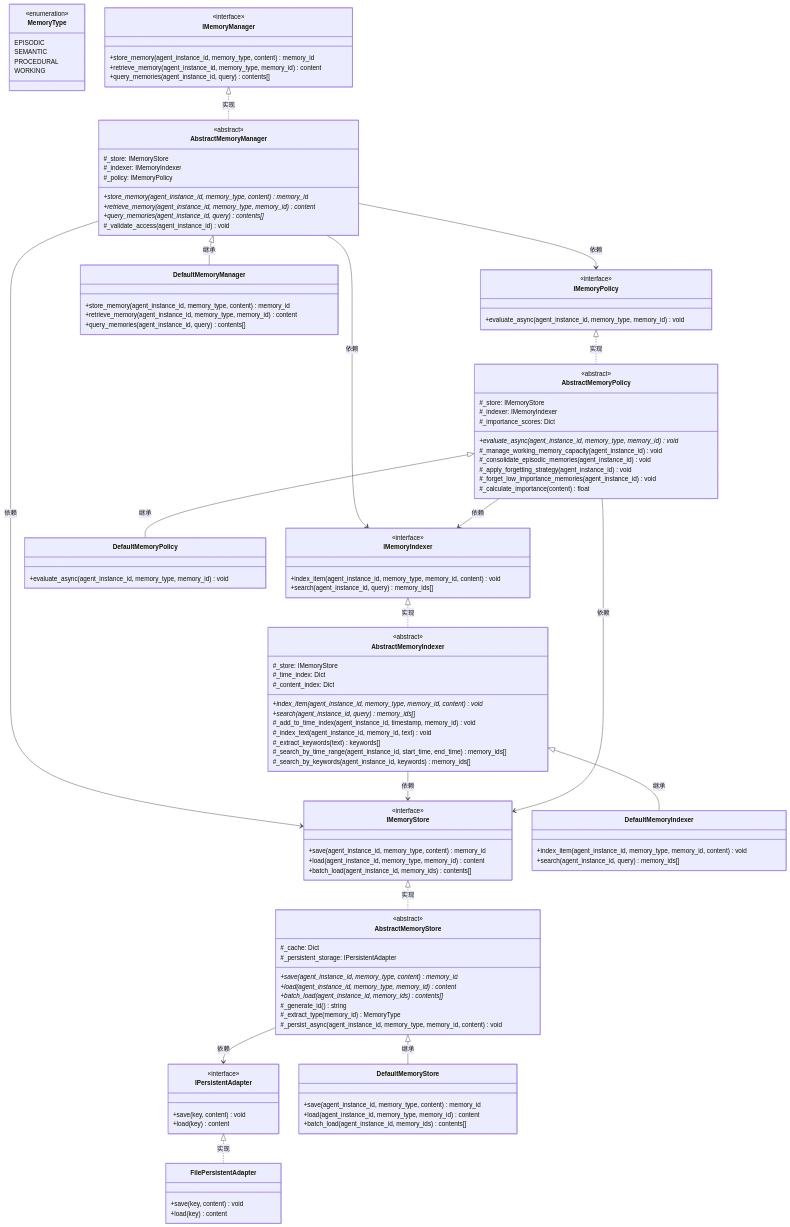
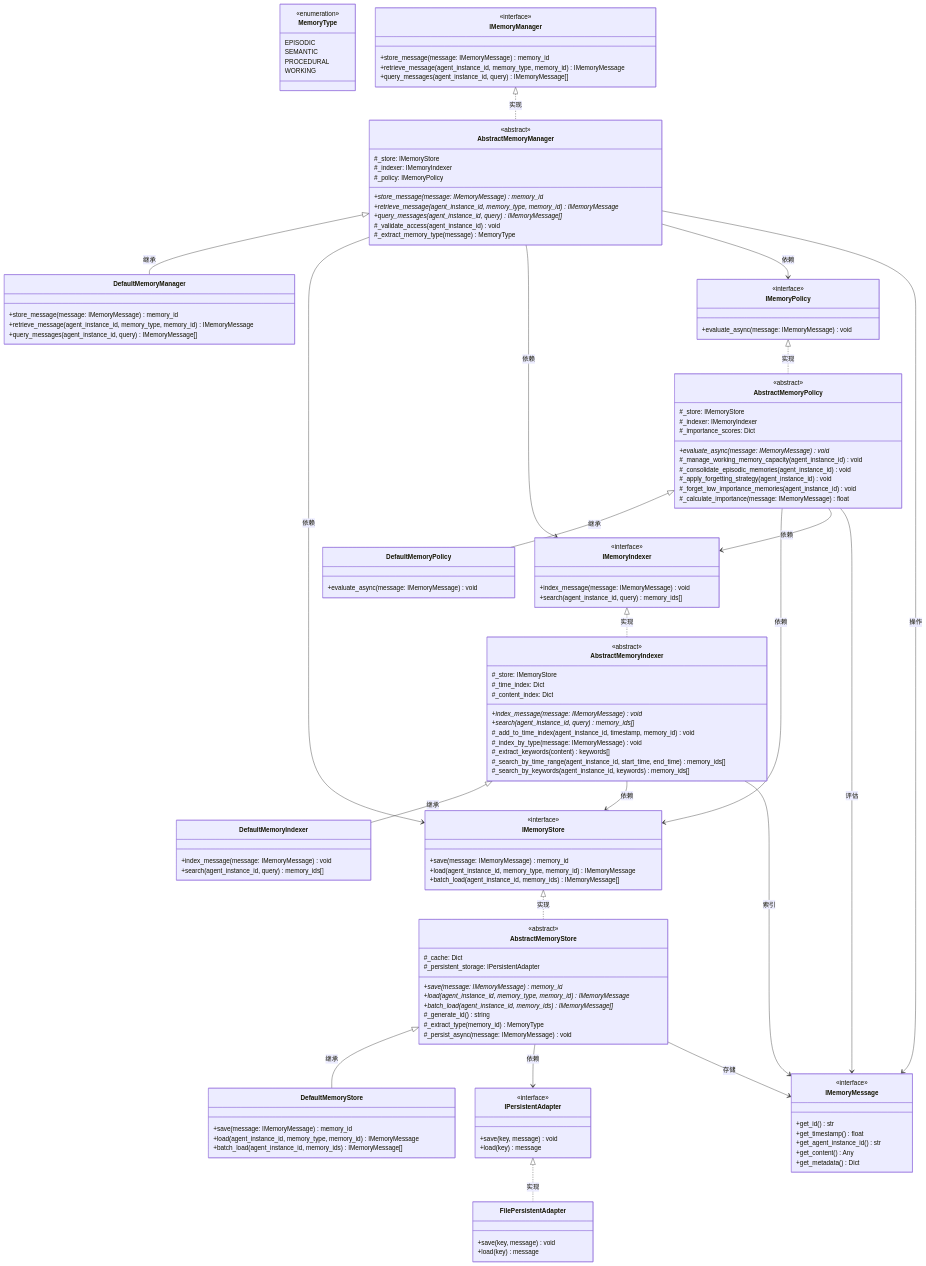
One commit to DDtoma/iodraw-files changed the diagram in all/未命名-2.md. Above: the diagram before and after it, drawn with Mermaid.

Commit message:
2025-03-11 16:49:36 update

````diff
--- a/all/未命名-2.md
+++ b/all/未命名-2.md
@@ -9,36 +9,46 @@
         WORKING
     }
     
+    %% 消息接口（简化版）
+    class IMemoryMessage {
+        <<interface>>
+        +get_id() str
+        +get_timestamp() float
+        +get_agent_instance_id() str
+        +get_content() Any
+        +get_metadata() Dict
+    }
+    
     %% 抽象接口定义
     class IMemoryManager {
         <<interface>>
-        +store_memory(agent_instance_id, memory_type, content) memory_id
-        +retrieve_memory(agent_instance_id, memory_type, memory_id) content
-        +query_memories(agent_instance_id, query) contents[]
+        +store_message(message: IMemoryMessage) memory_id
+        +retrieve_message(agent_instance_id, memory_type, memory_id) IMemoryMessage
+        +query_messages(agent_instance_id, query) IMemoryMessage[]
     }
     
     class IMemoryStore {
         <<interface>>
-        +save(agent_instance_id, memory_type, content) memory_id
-        +load(agent_instance_id, memory_type, memory_id) content
-        +batch_load(agent_instance_id, memory_ids) contents[]
+        +save(message: IMemoryMessage) memory_id
+        +load(agent_instance_id, memory_type, memory_id) IMemoryMessage
+        +batch_load(agent_instance_id, memory_ids) IMemoryMessage[]
     }
     
     class IMemoryIndexer {
         <<interface>>
-        +index_item(agent_instance_id, memory_type, memory_id, content) void
+        +index_message(message: IMemoryMessage) void
         +search(agent_instance_id, query) memory_ids[]
     }
     
     class IMemoryPolicy {
         <<interface>>
-        +evaluate_async(agent_instance_id, memory_type, memory_id) void
+        +evaluate_async(message: IMemoryMessage) void
     }
     
     class IPersistentAdapter {
         <<interface>>
-        +save(key, content) void
-        +load(key) content
+        +save(key, message) void
+        +load(key) message
     }
     
     %% 抽象基类实现
@@ -47,22 +57,23 @@
         #_store: IMemoryStore
         #_indexer: IMemoryIndexer
         #_policy: IMemoryPolicy
-        +store_memory(agent_instance_id, memory_type, content)* memory_id
-        +retrieve_memory(agent_instance_id, memory_type, memory_id)* content
-        +query_memories(agent_instance_id, query)* contents[]
+        +store_message(message: IMemoryMessage)* memory_id
+        +retrieve_message(agent_instance_id, memory_type, memory_id)* IMemoryMessage
+        +query_messages(agent_instance_id, query)* IMemoryMessage[]
         #_validate_access(agent_instance_id) void
+        #_extract_memory_type(message) MemoryType
     }
     
     class AbstractMemoryStore {
         <<abstract>>
         #_cache: Dict
         #_persistent_storage: IPersistentAdapter
-        +save(agent_instance_id, memory_type, content)* memory_id
-        +load(agent_instance_id, memory_type, memory_id)* content
-        +batch_load(agent_instance_id, memory_ids)* contents[]
+        +save(message: IMemoryMessage)* memory_id
+        +load(agent_instance_id, memory_type, memory_id)* IMemoryMessage
+        +batch_load(agent_instance_id, memory_ids)* IMemoryMessage[]
         #_generate_id() string
         #_extract_type(memory_id) MemoryType
-        #_persist_async(agent_instance_id, memory_type, memory_id, content) void
+        #_persist_async(message: IMemoryMessage) void
     }
     
     class AbstractMemoryIndexer {
@@ -70,11 +81,11 @@
         #_store: IMemoryStore
         #_time_index: Dict
         #_content_index: Dict
-        +index_item(agent_instance_id, memory_type, memory_id, content)* void
+        +index_message(message: IMemoryMessage)* void
         +search(agent_instance_id, query)* memory_ids[]
         #_add_to_time_index(agent_instance_id, timestamp, memory_id) void
-        #_index_text(agent_instance_id, memory_id, text) void
-        #_extract_keywords(text) keywords[]
+        #_index_by_type(message: IMemoryMessage) void
+        #_extract_keywords(content) keywords[]
         #_search_by_time_range(agent_instance_id, start_time, end_time) memory_ids[]
         #_search_by_keywords(agent_instance_id, keywords) memory_ids[]
     }
@@ -84,39 +95,39 @@
         #_store: IMemoryStore
         #_indexer: IMemoryIndexer
         #_importance_scores: Dict
-        +evaluate_async(agent_instance_id, memory_type, memory_id)* void
+        +evaluate_async(message: IMemoryMessage)* void
         #_manage_working_memory_capacity(agent_instance_id) void
         #_consolidate_episodic_memories(agent_instance_id) void
         #_apply_forgetting_strategy(agent_instance_id) void
         #_forget_low_importance_memories(agent_instance_id) void
-        #_calculate_importance(content) float
+        #_calculate_importance(message: IMemoryMessage) float
     }
     
     %% 具体实现类
     class DefaultMemoryManager {
-        +store_memory(agent_instance_id, memory_type, content) memory_id
-        +retrieve_memory(agent_instance_id, memory_type, memory_id) content
-        +query_memories(agent_instance_id, query) contents[]
+        +store_message(message: IMemoryMessage) memory_id
+        +retrieve_message(agent_instance_id, memory_type, memory_id) IMemoryMessage
+        +query_messages(agent_instance_id, query) IMemoryMessage[]
     }
     
     class DefaultMemoryStore {
-        +save(agent_instance_id, memory_type, content) memory_id
-        +load(agent_instance_id, memory_type, memory_id) content
-        +batch_load(agent_instance_id, memory_ids) contents[]
+        +save(message: IMemoryMessage) memory_id
+        +load(agent_instance_id, memory_type, memory_id) IMemoryMessage
+        +batch_load(agent_instance_id, memory_ids) IMemoryMessage[]
     }
     
     class DefaultMemoryIndexer {
-        +index_item(agent_instance_id, memory_type, memory_id, content) void
+        +index_message(message: IMemoryMessage) void
         +search(agent_instance_id, query) memory_ids[]
     }
     
     class DefaultMemoryPolicy {
-        +evaluate_async(agent_instance_id, memory_type, memory_id) void
+        +evaluate_async(message: IMemoryMessage) void
     }
     
     class FilePersistentAdapter {
-        +save(key, content) void
-        +load(key) content
+        +save(key, message) void
+        +load(key) message
     }
     
     %% 关系定义 - 接口实现与继承
@@ -139,4 +150,10 @@
     AbstractMemoryPolicy --> IMemoryStore : 依赖
     AbstractMemoryPolicy --> IMemoryIndexer : 依赖
     AbstractMemoryStore --> IPersistentAdapter : 依赖
+    
+    %% 消息关系
+    AbstractMemoryManager --> IMemoryMessage : 操作
+    AbstractMemoryStore --> IMemoryMessage : 存储
+    AbstractMemoryIndexer --> IMemoryMessage : 索引
+    AbstractMemoryPolicy --> IMemoryMessage : 评估
 ```
````
